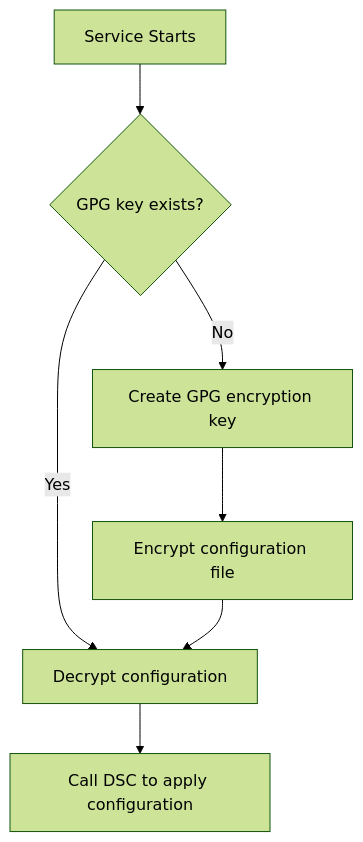
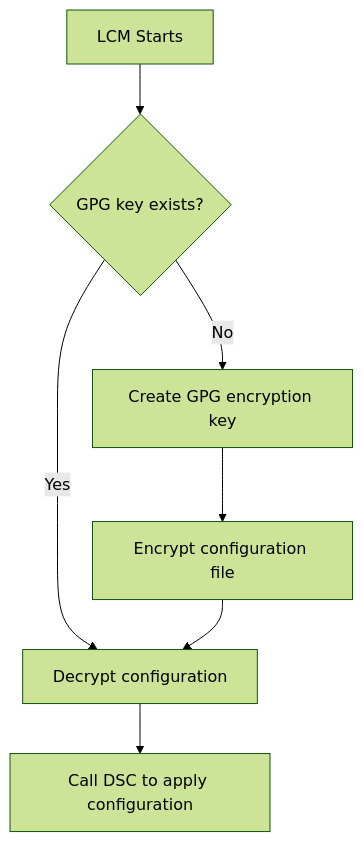
Before and after one commit to opendsc/opendsc: the first of 3 diagrams in README.md, drawn with Mermaid (forest theme).

````diff
--- a/README.md
+++ b/README.md
@@ -23,9 +23,9 @@
 ```mermaid
 flowchart TD
-    A[Service Starts] --> B{GPG key exists?}
+    A[LCM Starts] --> B{GPG key exists?}
     B -->|Yes| C[Decrypt configuration]
     B -->|No| D[Create GPG encryption key]
     D --> E[Encrypt configuration file]
     E --> C
     C --> F[Call DSC to apply configuration]
 ```
````
